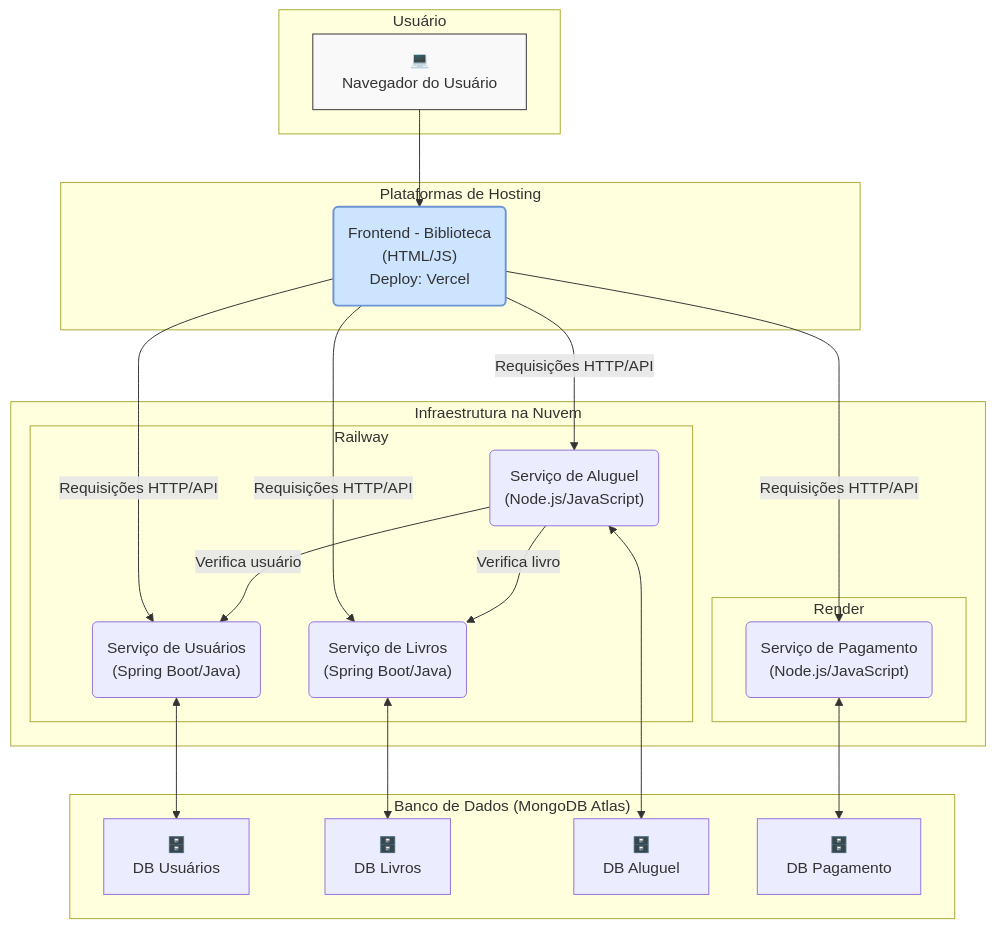
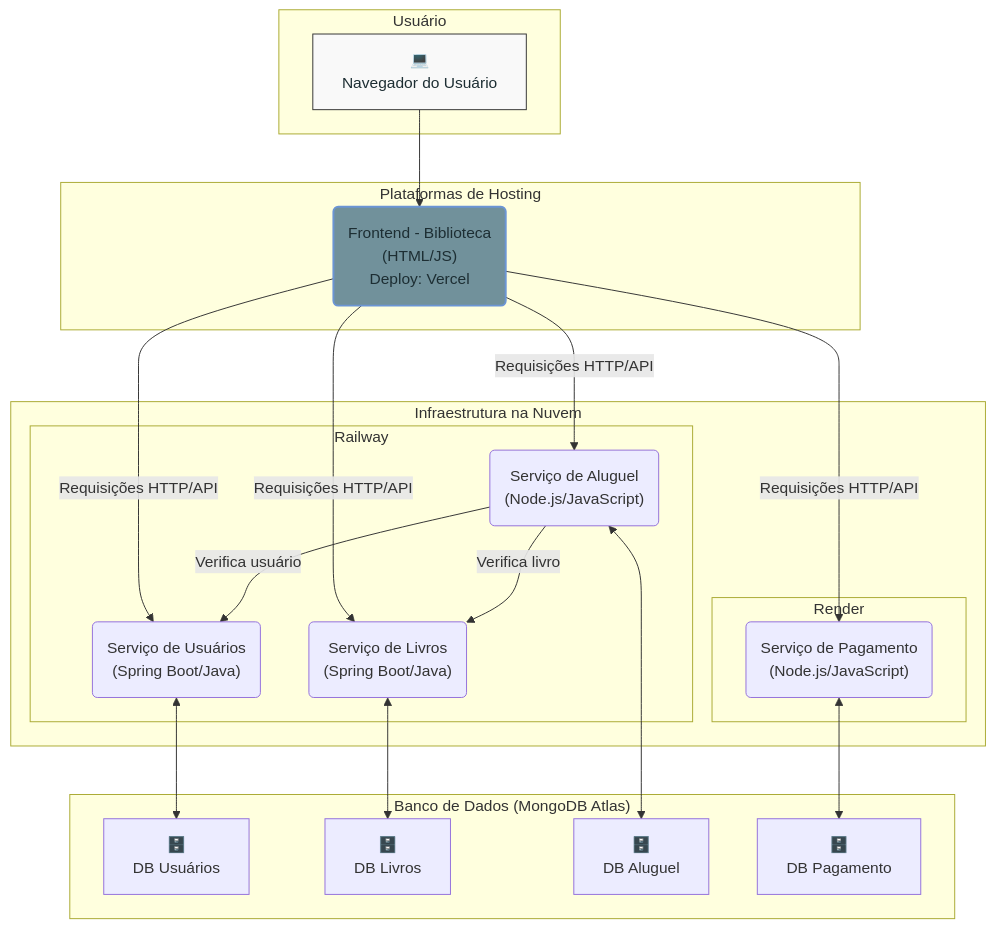
The diagram in ARQUITETURA.md (Alyra004/frontend-biblioteca), drawn with Mermaid before and after one commit.

````diff
--- a/ARQUITETURA.md
+++ b/ARQUITETURA.md
@@ -1,49 +1,48 @@
 ```mermaid
 graph TD;
     subgraph "Usuário"
         Browser["💻<br>Navegador do Usuário"]
     end
 
     subgraph "Plataformas de Hosting"
         Frontend("Frontend - Biblioteca<br>(HTML/JS)<br>Deploy: Vercel")
     end
 
     subgraph "Infraestrutura na Nuvem"
         subgraph "Railway"
             ServiceUsuarios("Serviço de Usuários<br>(Spring Boot/Java)")
             ServiceLivros("Serviço de Livros<br>(Spring Boot/Java)")
             ServiceAluguel("Serviço de Aluguel<br>(Node.js/JavaScript)")
         end
         subgraph "Render"
             ServicePagamento("Serviço de Pagamento<br>(Node.js/JavaScript)")
         end
     end
     
     subgraph "Banco de Dados (MongoDB Atlas)"
         DB_Usuarios["🗄️<br>DB Usuários"]
         DB_Livros["🗄️<br>DB Livros"]
         DB_Aluguel["🗄️<br>DB Aluguel"]
         DB_Pagamento["🗄️<br>DB Pagamento"]
     end
 
-    %% Conexões
     Browser --> Frontend;
     
     Frontend -->|Requisições HTTP/API| ServiceUsuarios;
     Frontend -->|Requisições HTTP/API| ServiceLivros;
     Frontend -->|Requisições HTTP/API| ServiceAluguel;
     Frontend -->|Requisições HTTP/API| ServicePagamento;
 
     ServiceUsuarios <--> DB_Usuarios;
     ServiceLivros <--> DB_Livros;
     ServiceAluguel <--> DB_Aluguel;
     ServicePagamento <--> DB_Pagamento;
     
-    %% Comunicação entre serviços (Exemplo)
     ServiceAluguel -->|Verifica usuário| ServiceUsuarios;
     ServiceAluguel -->|Verifica livro| ServiceLivros;
 
-    %% Estilos
-    style Frontend fill:#cde4ff,stroke:#6b95d4,stroke-width:2px;
+    style Frontend fill:#71919B,stroke:#6b95d4,stroke-width:2px;
     style Browser fill:#f9f9f9,stroke:#333;
+    style Frontend color:#1D2E33;
+    style Browser color:#1D2E33;
 ```
````
